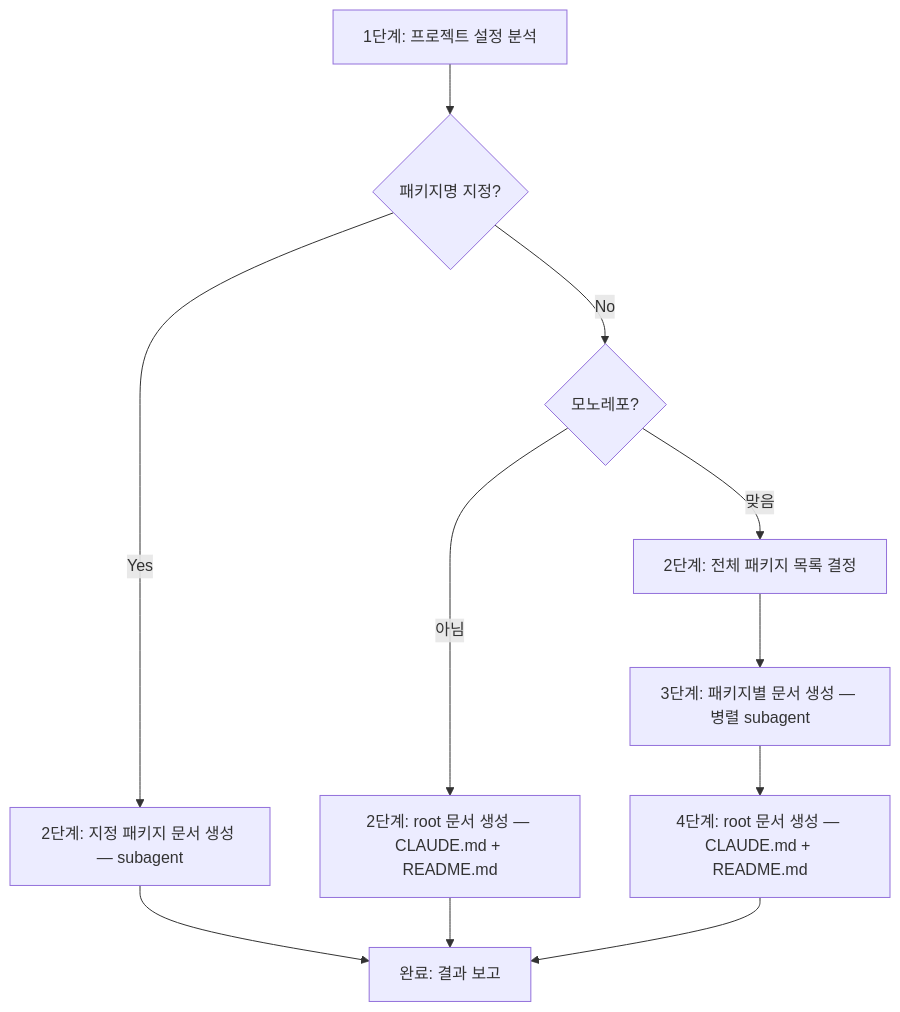
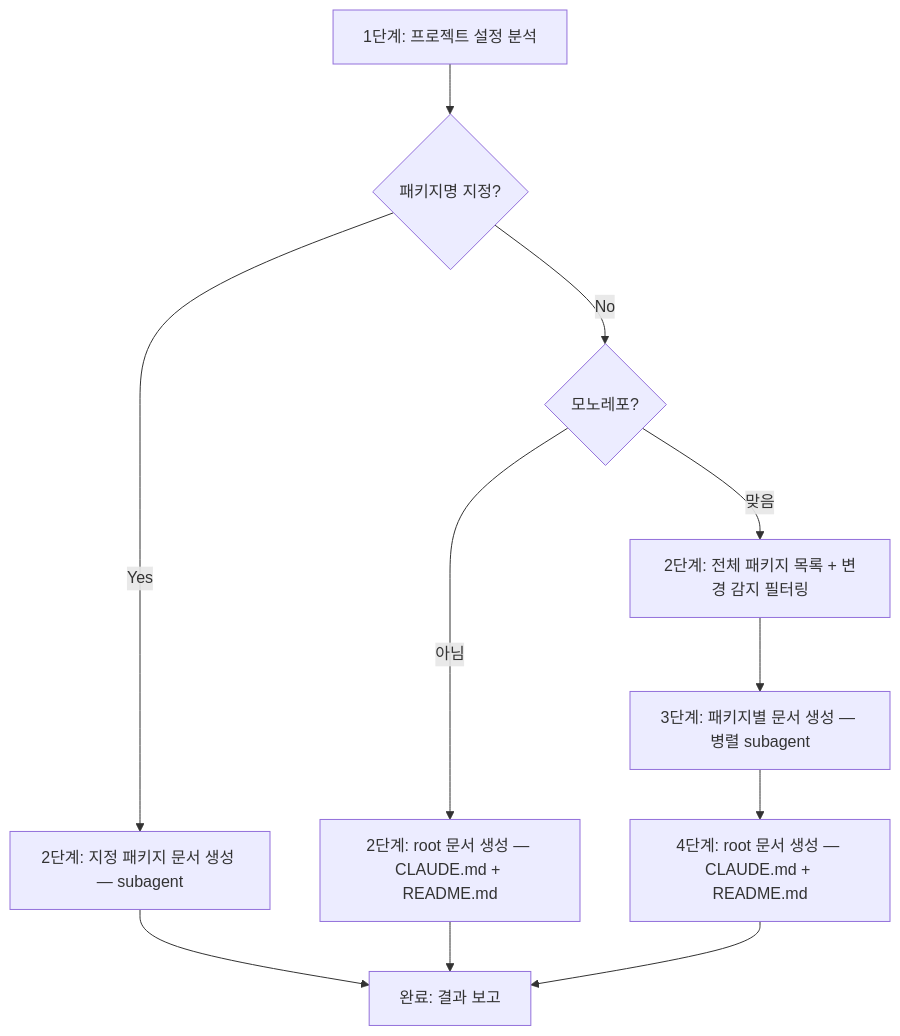
One commit to kslhunter/simplysm changed the diagram in .claude/skills/sd-claude-docs/SKILL.md. Above: the diagram before and after it, drawn with Mermaid. The commit also changed other lines of this file and 177 other files, not shown here.

````diff
--- a/.claude/skills/sd-claude-docs/SKILL.md
+++ b/.claude/skills/sd-claude-docs/SKILL.md
@@ -22,14 +22,14 @@
 ```mermaid
 flowchart TD
     S1[1단계: 프로젝트 설정 분석]
     S1 --> CHK{패키지명 지정?}
     CHK -- Yes --> S_PKG[2단계: 지정 패키지 문서 생성 — subagent]
     CHK -- No --> S_MONO{모노레포?}
     S_MONO -- 아님 --> S_SINGLE[2단계: root 문서 생성 — CLAUDE.md + README.md]
-    S_MONO -- 맞음 --> S_ALL[2단계: 전체 패키지 목록 결정]
+    S_MONO -- 맞음 --> S_ALL[2단계: 전체 패키지 목록 + 변경 감지 필터링]
     S_ALL --> S_AGENTS[3단계: 패키지별 문서 생성 — 병렬 subagent]
     S_AGENTS --> S_ROOT[4단계: root 문서 생성 — CLAUDE.md + README.md]
     S_PKG --> DONE[완료: 결과 보고]
     S_SINGLE --> DONE
     S_ROOT --> DONE
 ```
````
